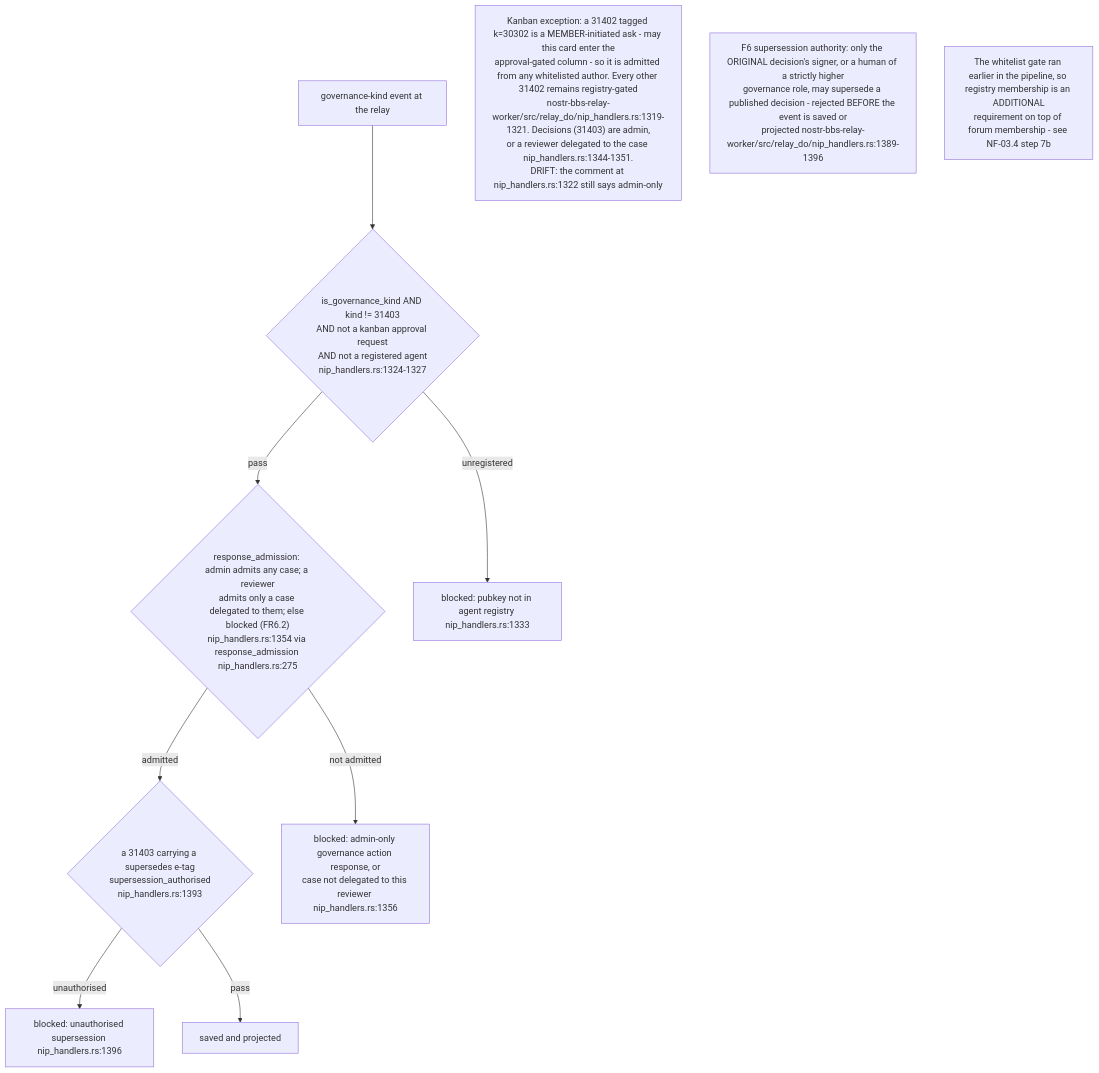
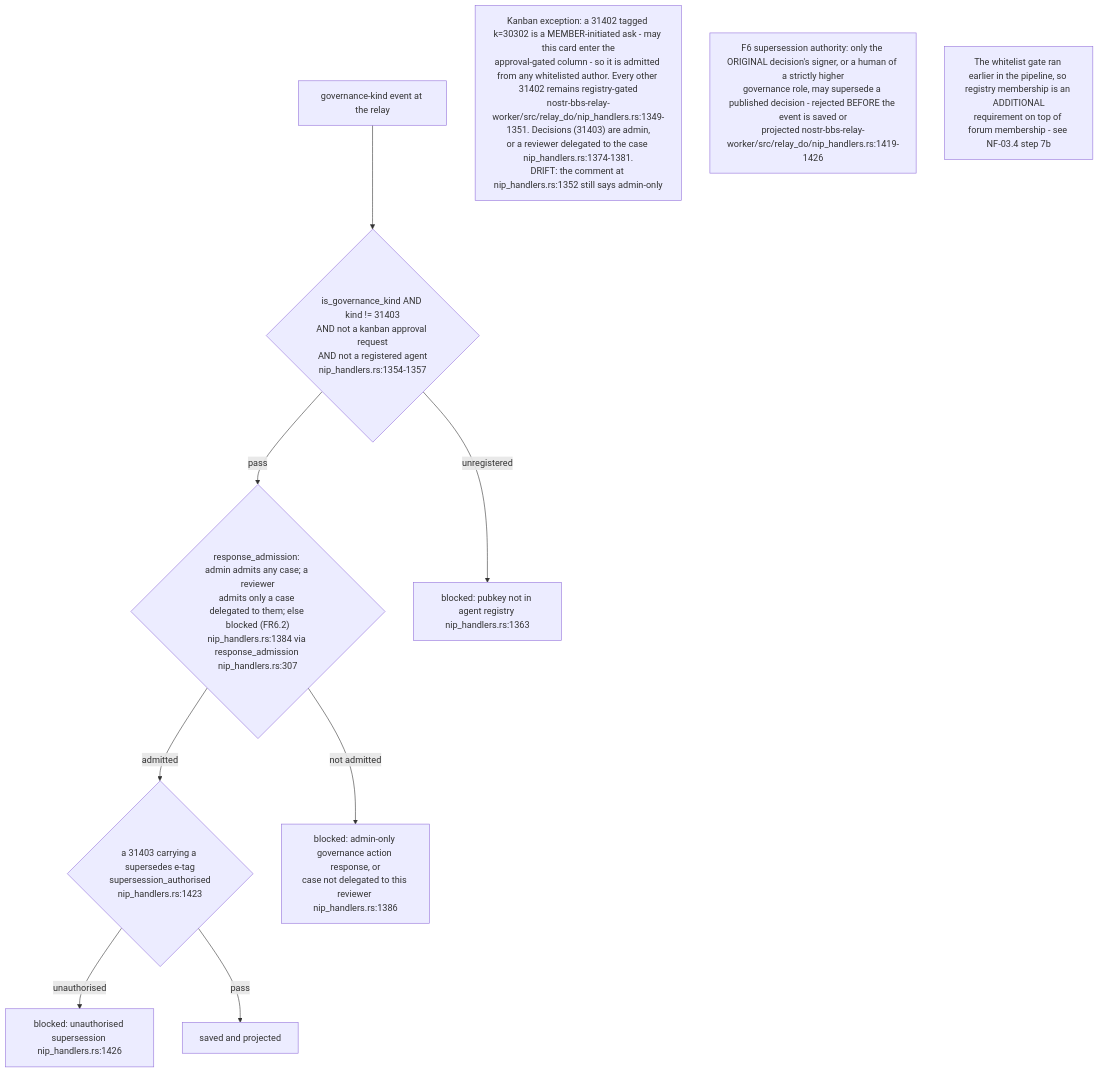
Before and after one commit to DreamLab-AI/VisionFlow: the fourth of 18 diagrams in docs/diagrams/nostr-rust-forum/06-agent-control-surface-31400-31405.md, drawn with Mermaid. The commit also changed other lines of this file, not shown here.

First line of the commit message:
docs(diagrams): NF-06 re-verified at nostr-rust-forum af4f0d5

````diff
--- a/docs/diagrams/nostr-rust-forum/06-agent-control-surface-31400-31405.md
+++ b/docs/diagrams/nostr-rust-forum/06-agent-control-surface-31400-31405.md
@@ -120,20 +120,20 @@
 ```mermaid
 flowchart TB
     EV["governance-kind event at the relay"]
-    G1{"is_governance_kind AND kind != 31403<br/>AND not a kanban approval request<br/>AND not a registered agent<br/>nip_handlers.rs:1324-1327"}
-    G2{"response_admission: admin admits any case; a reviewer<br/>admits only a case delegated to them; else blocked (FR6.2)<br/>nip_handlers.rs:1354 via response_admission nip_handlers.rs:275"}
-    G3{"a 31403 carrying a supersedes e-tag<br/>supersession_authorised<br/>nip_handlers.rs:1393"}
+    G1{"is_governance_kind AND kind != 31403<br/>AND not a kanban approval request<br/>AND not a registered agent<br/>nip_handlers.rs:1354-1357"}
+    G2{"response_admission: admin admits any case; a reviewer<br/>admits only a case delegated to them; else blocked (FR6.2)<br/>nip_handlers.rs:1384 via response_admission nip_handlers.rs:307"}
+    G3{"a 31403 carrying a supersedes e-tag<br/>supersession_authorised<br/>nip_handlers.rs:1423"}
     OK["saved and projected"]
 
     EV --> G1
-    G1 -->|"unregistered"| B1["blocked: pubkey not in agent registry nip_handlers.rs:1333"]
+    G1 -->|"unregistered"| B1["blocked: pubkey not in agent registry nip_handlers.rs:1363"]
     G1 -->|"pass"| G2
-    G2 -->|"not admitted"| B2["blocked: admin-only governance action response, or<br/>case not delegated to this reviewer nip_handlers.rs:1356"]
+    G2 -->|"not admitted"| B2["blocked: admin-only governance action response, or<br/>case not delegated to this reviewer nip_handlers.rs:1386"]
     G2 -->|"admitted"| G3
-    G3 -->|"unauthorised"| B3["blocked: unauthorised supersession nip_handlers.rs:1396"]
+    G3 -->|"unauthorised"| B3["blocked: unauthorised supersession nip_handlers.rs:1426"]
     G3 -->|"pass"| OK
 
-    N1["Kanban exception: a 31402 tagged k=30302 is a MEMBER-initiated ask - may this card enter the<br/>approval-gated column - so it is admitted from any whitelisted author. Every other 31402 remains registry-gated<br/>nostr-bbs-relay-worker/src/relay_do/nip_handlers.rs:1319-1321. Decisions (31403) are admin,<br/>or a reviewer delegated to the case nip_handlers.rs:1344-1351.<br/>DRIFT: the comment at nip_handlers.rs:1322 still says admin-only"]
-    N2["F6 supersession authority: only the ORIGINAL decision's signer, or a human of a strictly higher<br/>governance role, may supersede a published decision - rejected BEFORE the event is saved or<br/>projected nostr-bbs-relay-worker/src/relay_do/nip_handlers.rs:1389-1396"]
+    N1["Kanban exception: a 31402 tagged k=30302 is a MEMBER-initiated ask - may this card enter the<br/>approval-gated column - so it is admitted from any whitelisted author. Every other 31402 remains registry-gated<br/>nostr-bbs-relay-worker/src/relay_do/nip_handlers.rs:1349-1351. Decisions (31403) are admin,<br/>or a reviewer delegated to the case nip_handlers.rs:1374-1381.<br/>DRIFT: the comment at nip_handlers.rs:1352 still says admin-only"]
+    N2["F6 supersession authority: only the ORIGINAL decision's signer, or a human of a strictly higher<br/>governance role, may supersede a published decision - rejected BEFORE the event is saved or<br/>projected nostr-bbs-relay-worker/src/relay_do/nip_handlers.rs:1419-1426"]
     N3["The whitelist gate ran earlier in the pipeline, so registry membership is an ADDITIONAL<br/>requirement on top of forum membership - see NF-03.4 step 7b"]
 ```
````
